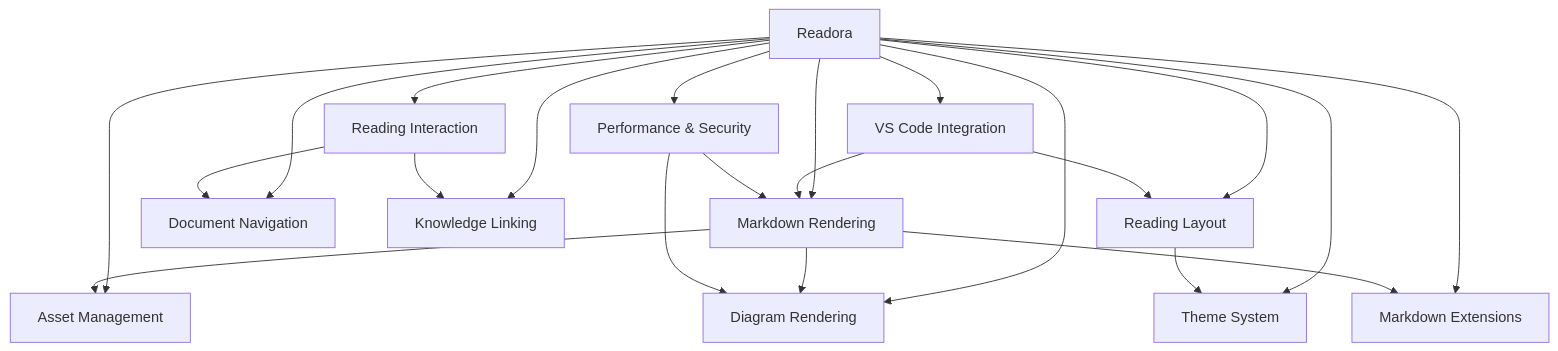
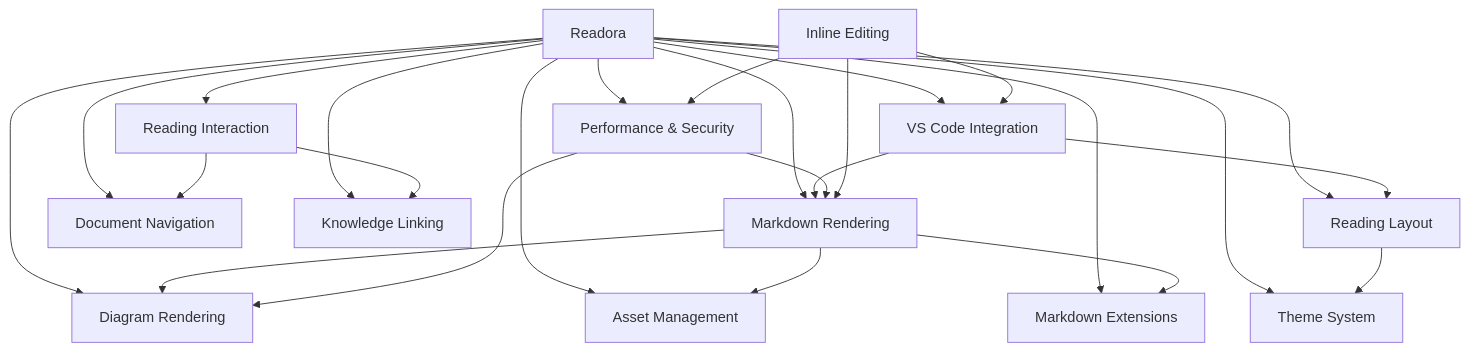
One commit to RegalPine/readora changed the diagram in docs/PRD-001：Readora 产品需求规格.md. Above: the diagram before and after it, drawn with Mermaid. The commit also changed other lines of this file and 8 other files, not shown here.

First line of the commit message:
feat(architecture): 实现就地编辑支持与编辑写回安全边界

````diff
--- a/docs/PRD-001：Readora 产品需求规格.md
+++ b/docs/PRD-001：Readora 产品需求规格.md
@@ -144,26 +157,29 @@
 ```mermaid
 flowchart TB
     A[Readora]
     A --> B[Markdown Rendering]
     A --> C[Document Navigation]
     A --> D[Knowledge Linking]
     A --> E[Diagram Rendering]
     A --> F[Reading Interaction]
     A --> G[Asset Management]
     A --> H[Reading Layout]
     A --> I[Theme System]
     A --> J[Markdown Extensions]
     A --> K[VS Code Integration]
     A --> L[Performance & Security]
 
     B --> E
     B --> G
     B --> J
     H --> I
     F --> C
     F --> D
     K --> B
     K --> H
     L --> B
     L --> E
+    M[Inline Editing] --> B
+    M --> K
+    M --> L
 ```
````
